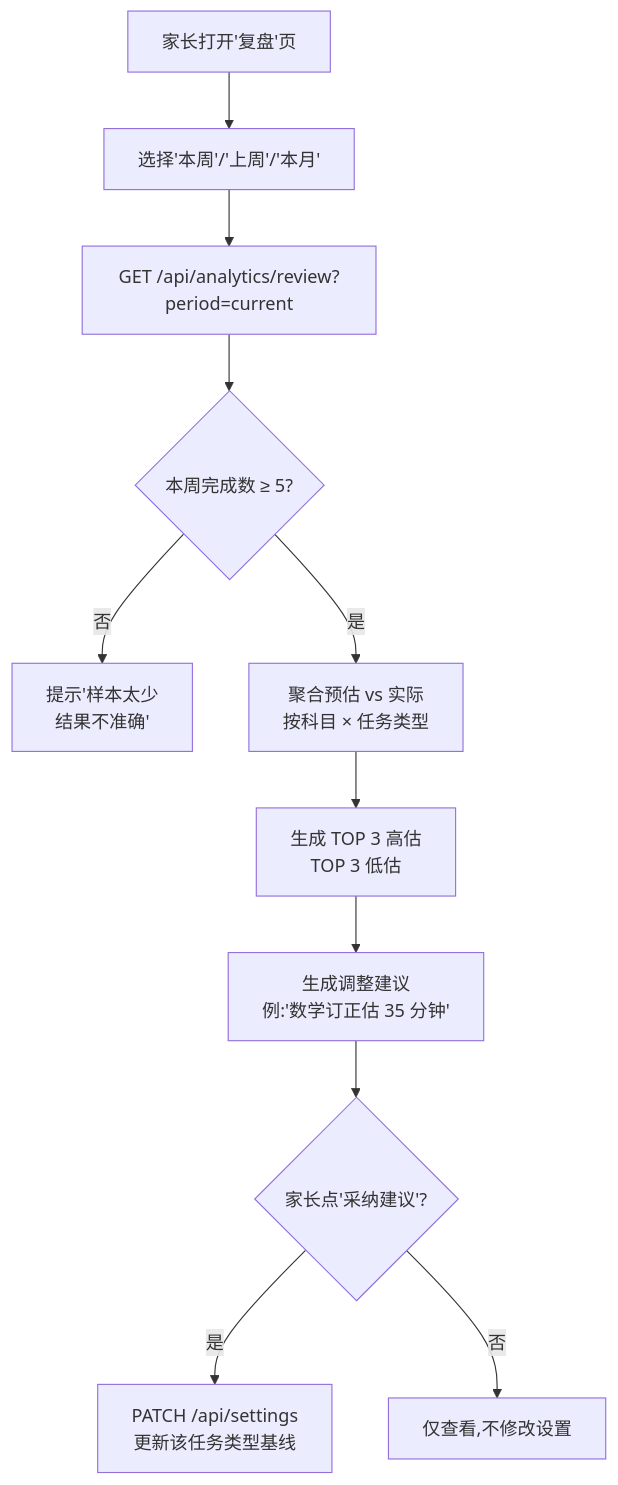
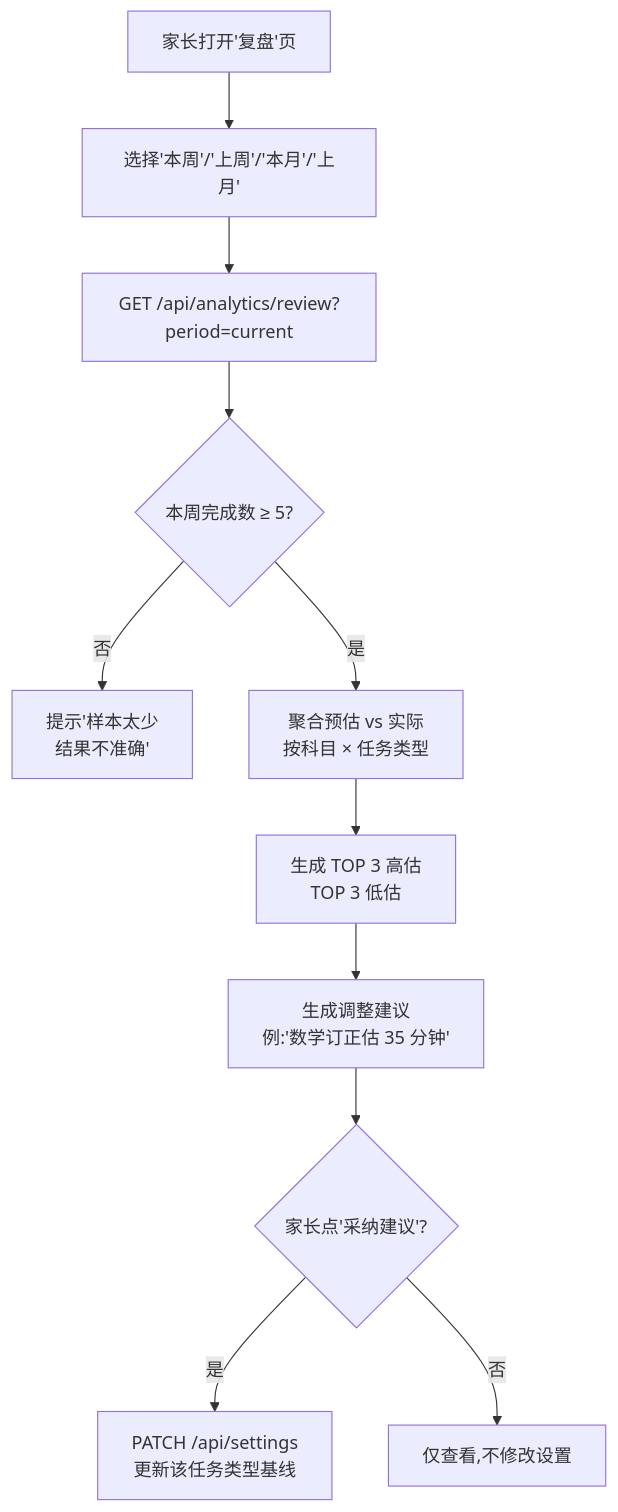
One commit to JakLiao/study-tracker changed the third of 3 diagrams in docs/01-功能设计.md. Above: the diagram before and after it, drawn with Mermaid. The commit also changed other lines of this file and 12 other files, not shown here.

````diff
--- a/docs/01-功能设计.md
+++ b/docs/01-功能设计.md
@@ -320,13 +329,13 @@
 ```mermaid
 flowchart TD
-    A[家长打开'复盘'页] --> B[选择'本周'/'上周'/'本月']
+    A[家长打开'复盘'页] --> B[选择'本周'/'上周'/'本月'/'上月']
     B --> C[GET /api/analytics/review?period=current]
     C --> D{本周完成数 ≥ 5?}
     D -- 否 --> D1[提示'样本太少<br/>结果不准确']
     D -- 是 --> E[聚合预估 vs 实际<br/>按科目 × 任务类型]
     E --> F[生成 TOP 3 高估<br/>TOP 3 低估]
     F --> G[生成调整建议<br/>例:'数学订正估 35 分钟']
     G --> H{家长点'采纳建议'?}
     H -- 是 --> H2[PATCH /api/settings<br/>更新该任务类型基线]
     H -- 否 --> I[仅查看,不修改设置]
 ```
````
